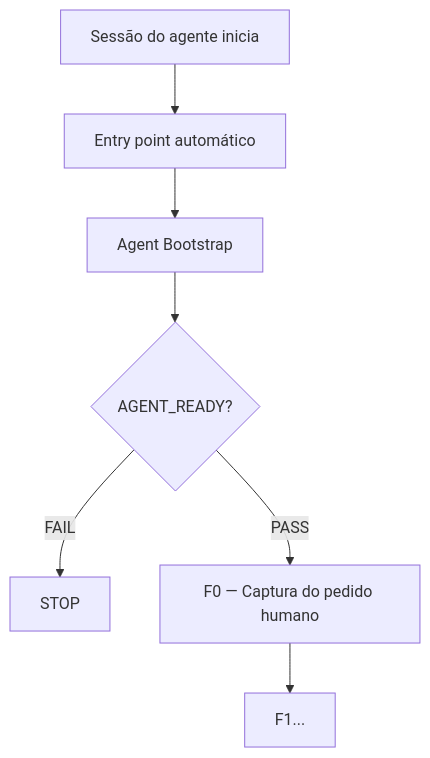
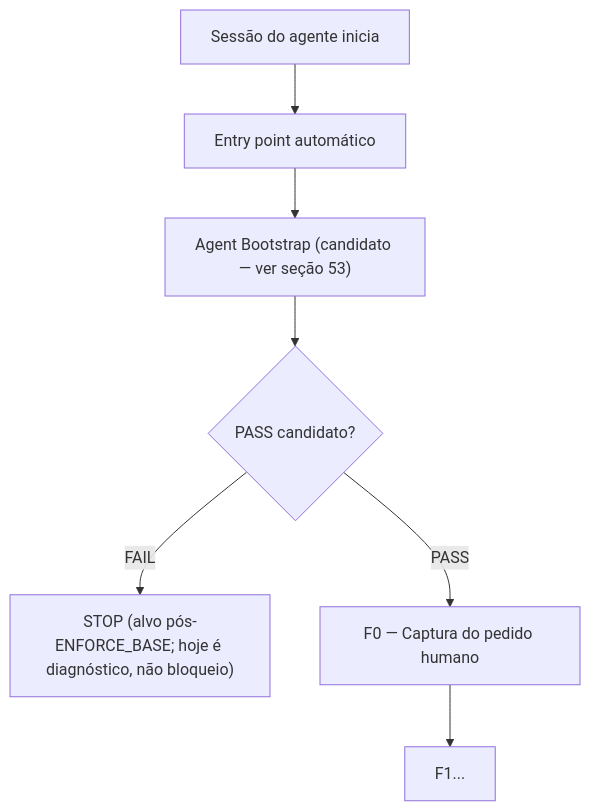
The second of 7 diagrams in test/scripts/bootstrap/README.md (cepraea/beach-pro), drawn with Mermaid before and after one commit. The commit also changed other lines of this file and 10 other files, not shown here.

````diff
--- a/test/scripts/bootstrap/README.md
+++ b/test/scripts/bootstrap/README.md
@@ -80,9 +102,9 @@
 ```mermaid
 flowchart TD
     S["Sessão do agente inicia"] --> E["Entry point automático"]
-    E --> B["Agent Bootstrap"]
-    B --> G{"AGENT_READY?"}
-    G -- "FAIL" --> F["STOP"]
+    E --> B["Agent Bootstrap (candidato — ver seção 53)"]
+    B --> G{"PASS candidato?"}
+    G -- "FAIL" --> F["STOP (alvo pós-ENFORCE_BASE; hoje é diagnóstico, não bloqueio)"]
     G -- "PASS" --> F0["F0 — Captura do pedido humano"]
     F0 --> F1["F1..."]
 ```
````
